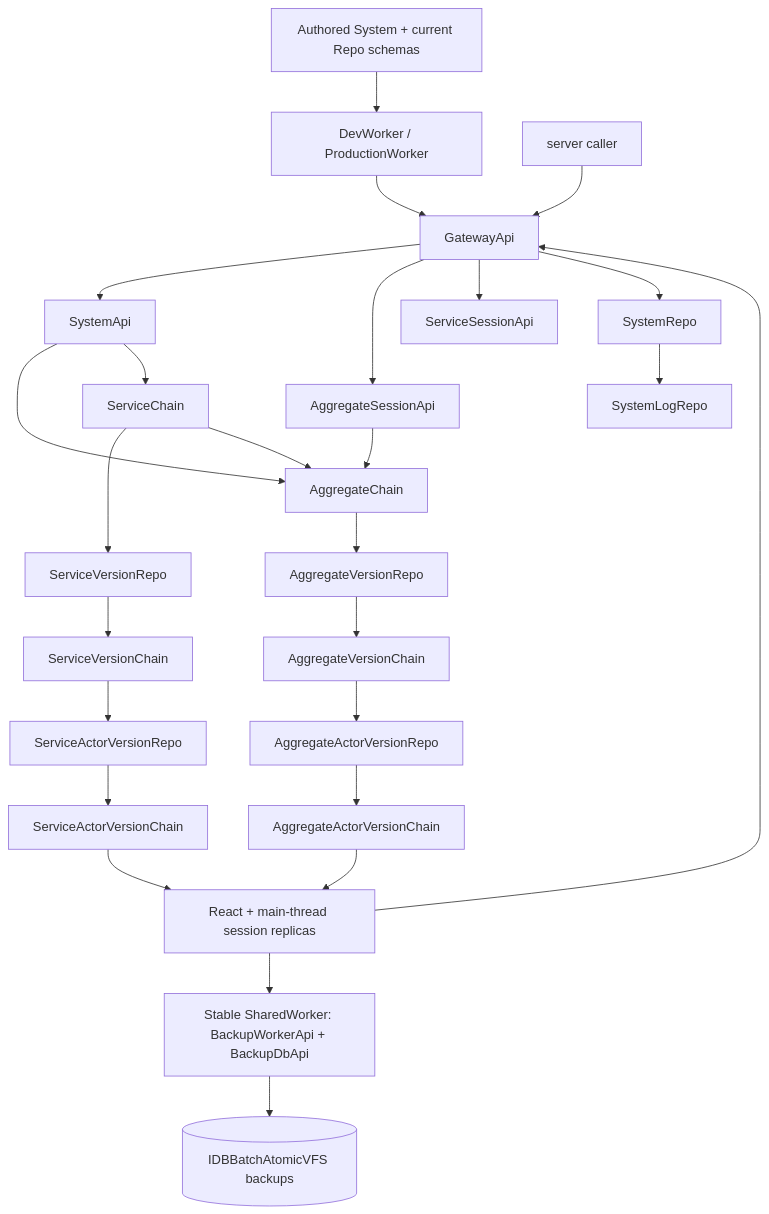
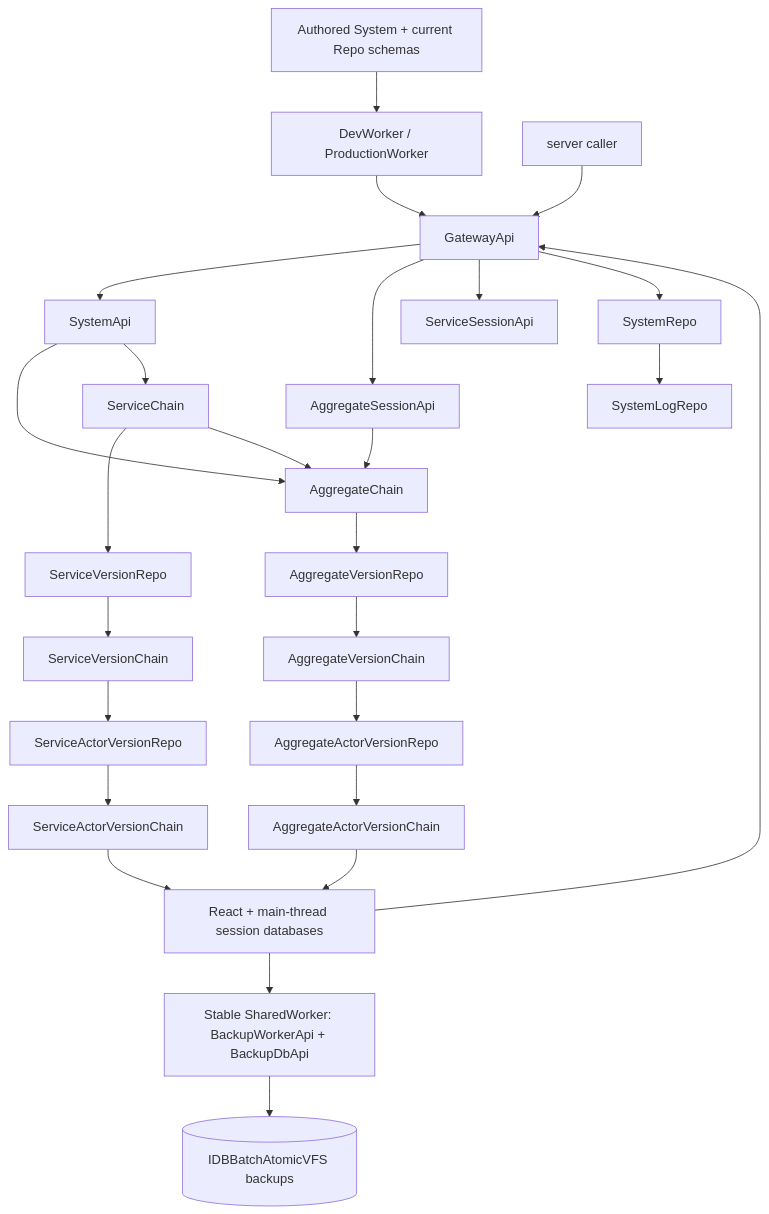
One commit to morgs32/qrk.sh changed the diagram in wiki/overview.md. Above: the diagram before and after it, drawn with Mermaid. The commit also changed other lines of this file and 1035 other files, not shown here.

````diff
--- a/wiki/overview.md
+++ b/wiki/overview.md
@@ -18,32 +18,32 @@
 ```mermaid
 flowchart TB
   Source["Authored System + current Repo schemas"] --> Worker["DevWorker / ProductionWorker"]
-  Browser["React + main-thread session replicas"] --> Gateway[GatewayApi]
+  Browser["React + main-thread session databases"] --> Gateway[GatewayApi]
   Browser --> BackupWorker["Stable SharedWorker: BackupWorkerApi + BackupDbApi"]
   BackupWorker --> IndexedDB[(IDBBatchAtomicVFS backups)]
   Operator["server caller"] --> Gateway
   Worker --> Gateway
   Gateway --> SystemApi
   Gateway --> AggregateSessionApi
   Gateway --> ServiceSessionApi
 
   SystemApi --> AggregateChain
   SystemApi --> ServiceChain
   AggregateSessionApi --> AggregateChain
 
   AggregateChain --> AggregateVersionRepo
   ServiceChain --> ServiceVersionRepo
   ServiceChain --> AggregateChain
   AggregateVersionRepo --> AggregateVersionChain
   AggregateVersionChain --> AggregateActorVersionRepo
   ServiceVersionRepo --> ServiceVersionChain
   ServiceVersionChain --> ServiceActorVersionRepo
 
   AggregateActorVersionRepo --> AggregateActorVersionChain
   ServiceActorVersionRepo --> ServiceActorVersionChain
   AggregateActorVersionChain --> Browser
   ServiceActorVersionChain --> Browser
 
   Gateway --> SystemRepo
   SystemRepo --> SystemLogRepo
 ```
````
